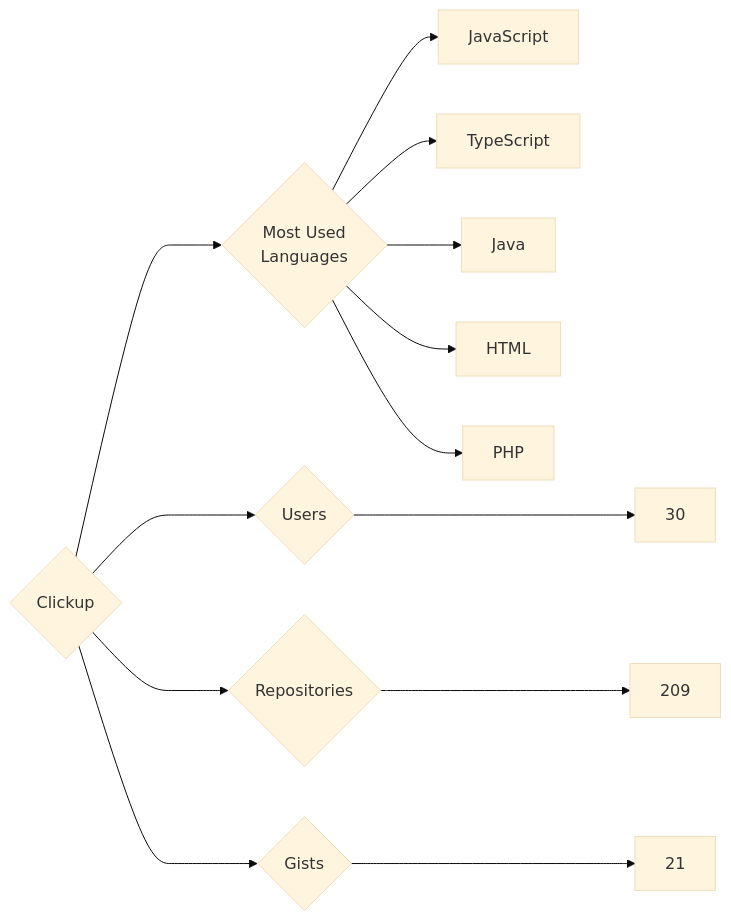
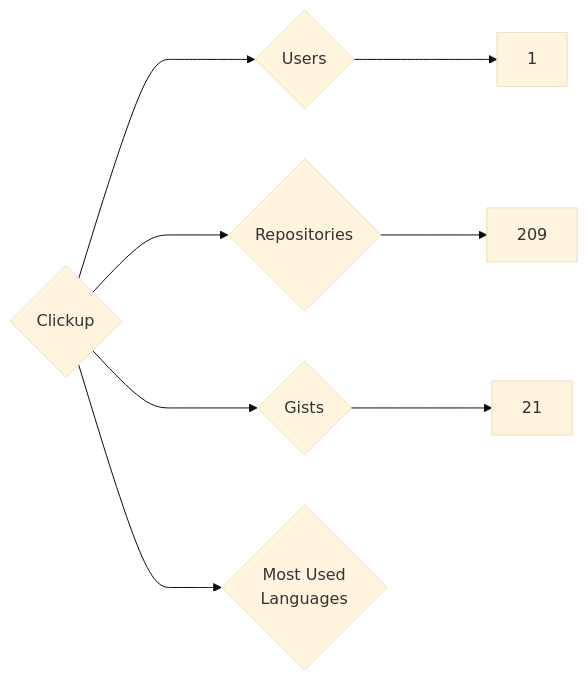
One commit to trickest/insiders changed the diagram in targets/Clickup/README.md. Above: the diagram before and after it, drawn with Mermaid (base theme). The commit also changed 984 other files, not shown here.

````diff
--- a/targets/Clickup/README.md
+++ b/targets/Clickup/README.md
@@ -3,13 +3,8 @@
 ```mermaid
 graph LR
 COMPANY_NAME{Clickup}
-COMPANY_NAME ---> U{Users} ---> UN[30]
+COMPANY_NAME ---> U{Users} ---> UN[1]
 COMPANY_NAME ---> R{Repositories} ---> RN[209]
 COMPANY_NAME ---> G{Gists} ---> GN[21]
 COMPANY_NAME ---> ML{Most Used<br>Languages}
-ML --> JavaScript[JavaScript]
-ML --> TypeScript[TypeScript]
-ML --> Java[Java]
-ML --> HTML[HTML]
-ML --> PHP[PHP]
 ```
````
